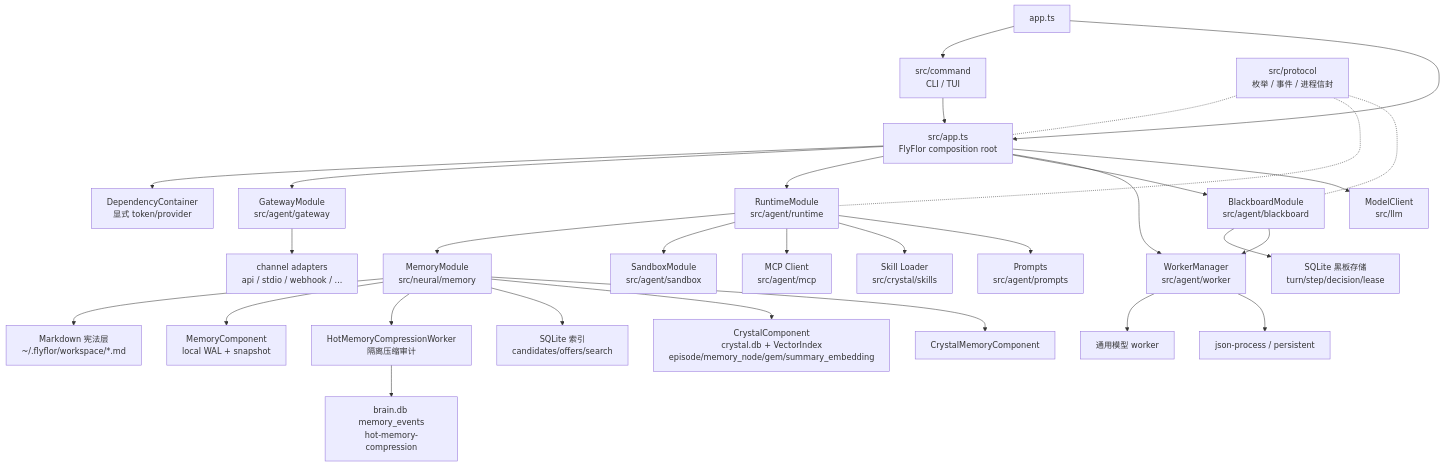
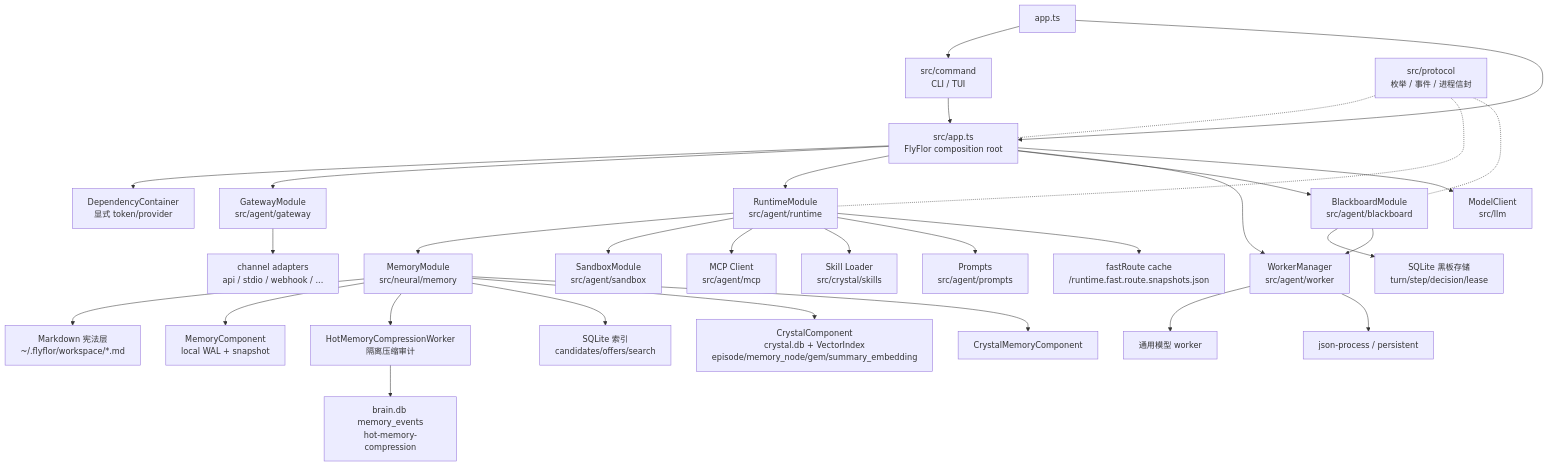
The first of 3 diagrams in docs/architecture.md (flyflor/flyflor), drawn with Mermaid before and after one commit. The commit also changed 5 other files, not shown here.

Commit message:
Persist fast route snapshots locally

````diff
--- a/docs/architecture.md
+++ b/docs/architecture.md
@@ -29,38 +29,39 @@
 ```mermaid
 flowchart TB
     Entry["app.ts"] --> Command["src/command<br/>CLI / TUI"]
     Entry --> AppRoot["src/app.ts<br/>FlyFlor composition root"]
     Command --> AppRoot
     AppRoot --> Container["DependencyContainer<br/>显式 token/provider"]
 
     AppRoot --> Gateway["GatewayModule<br/>src/agent/gateway"]
     AppRoot --> Runtime["RuntimeModule<br/>src/agent/runtime"]
     AppRoot --> Blackboard["BlackboardModule<br/>src/agent/blackboard"]
     AppRoot --> Workers["WorkerManager<br/>src/agent/worker"]
     AppRoot --> Model["ModelClient<br/>src/llm"]
 
     Runtime --> Memory["MemoryModule<br/>src/neural/memory"]
     Runtime --> Sandbox["SandboxModule<br/>src/agent/sandbox"]
     Runtime --> MCP["MCP Client<br/>src/agent/mcp"]
     Runtime --> Skills["Skill Loader<br/>src/crystal/skills"]
     Runtime --> Prompts["Prompts<br/>src/agent/prompts"]
+    Runtime --> FastRouteCache["fastRoute cache<br/><cacheDir>/runtime.fast.route.snapshots.json"]
 
     Memory --> Markdown["Markdown 宪法层<br/>~/.flyflor/workspace/*.md"]
     Memory --> Working["MemoryComponent<br/>local WAL + snapshot"]
     Memory --> HotCompression["HotMemoryCompressionWorker<br/>隔离压缩审计"]
     Memory --> SQLite["SQLite 索引<br/>candidates/offers/search"]
     Memory --> Graph["CrystalComponent<br/>crystal.db + VectorIndex<br/>episode/memory_node/gem/summary_embedding"]
     Memory --> Crystal["CrystalMemoryComponent"]
     HotCompression --> SQLiteBrain["brain.db memory_events<br/>hot-memory-compression"]
 
     Blackboard --> BlackboardSqlite["SQLite 黑板存储<br/>turn/step/decision/lease"]
     Blackboard --> Workers
     Workers --> ModelWorker["通用模型 worker"]
     Workers --> JsonProcess["json-process / persistent"]
 
     Gateway --> Channels["channel adapters<br/>api / stdio / webhook / ..."]
 
     Protocol["src/protocol<br/>枚举 / 事件 / 进程信封"] -.- AppRoot
     Protocol -.- Runtime
     Protocol -.- Blackboard
 ```
````
